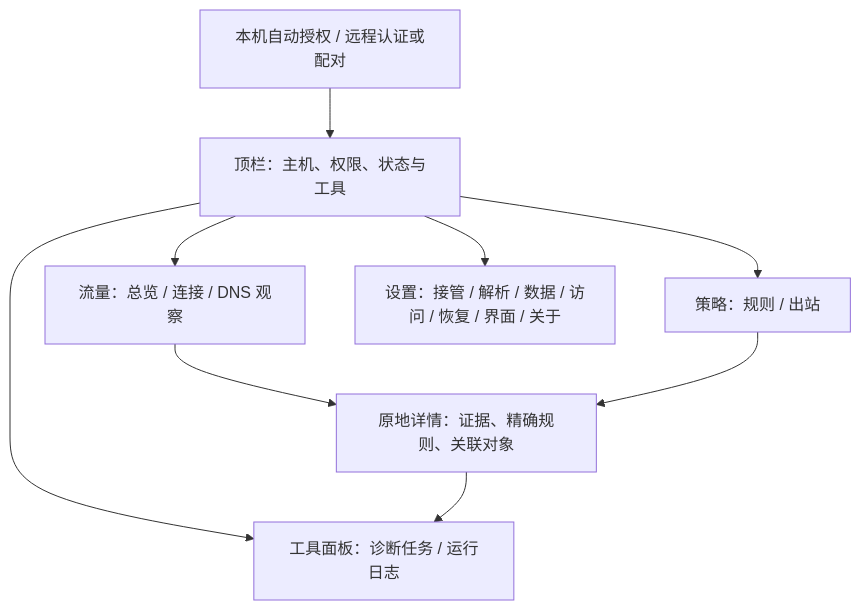
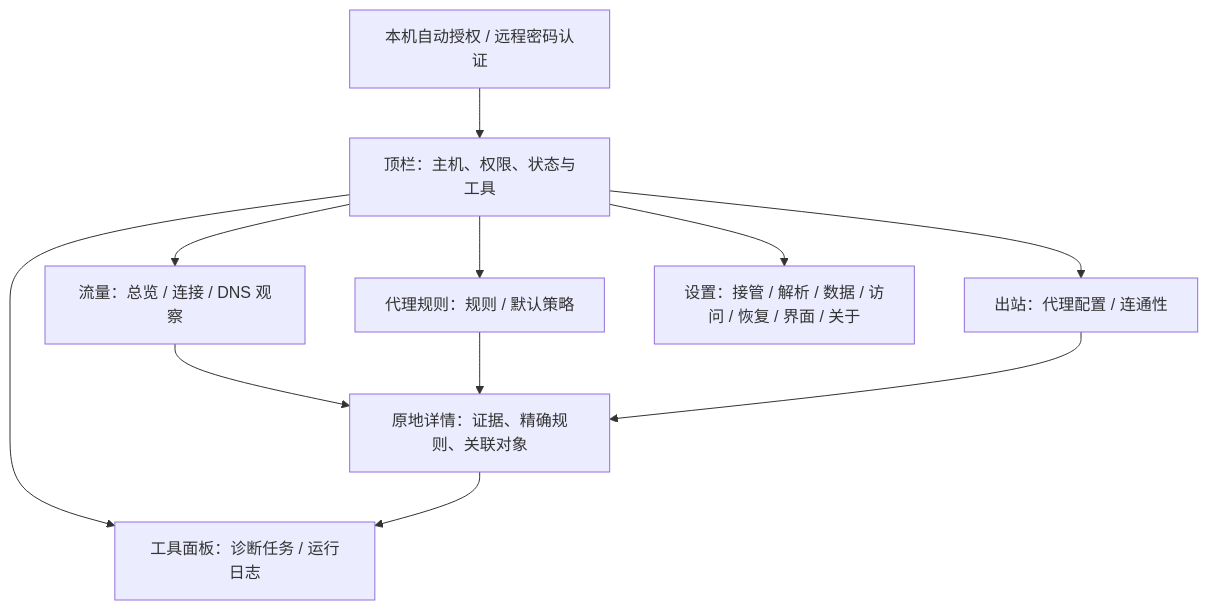
Before and after one commit to xjdrew/kone: the first of 4 diagrams in docs/requirements/web-ui.md, drawn with Mermaid. The commit also changed other lines of this file and 313 other files, not shown here.

````diff
--- a/docs/requirements/web-ui.md
+++ b/docs/requirements/web-ui.md
@@ -21,11 +21,13 @@
 ```mermaid
 flowchart TD
-  A[本机自动授权 / 远程认证或配对] --> B[顶栏：主机、权限、状态与工具]
+  A[本机自动授权 / 远程密码认证] --> B[顶栏：主机、权限、状态与工具]
   B --> F[流量：总览 / 连接 / DNS 观察]
-  B --> P[策略：规则 / 出站]
+  B --> P[代理规则：规则 / 默认策略]
+  B --> O[出站：代理配置 / 连通性]
   B --> S[设置：接管 / 解析 / 数据 / 访问 / 恢复 / 界面 / 关于]
   B --> T[工具面板：诊断任务 / 运行日志]
   F --> I[原地详情：证据、精确规则、关联对象]
   P --> I
+  O --> I
   I --> T
 ```
````
